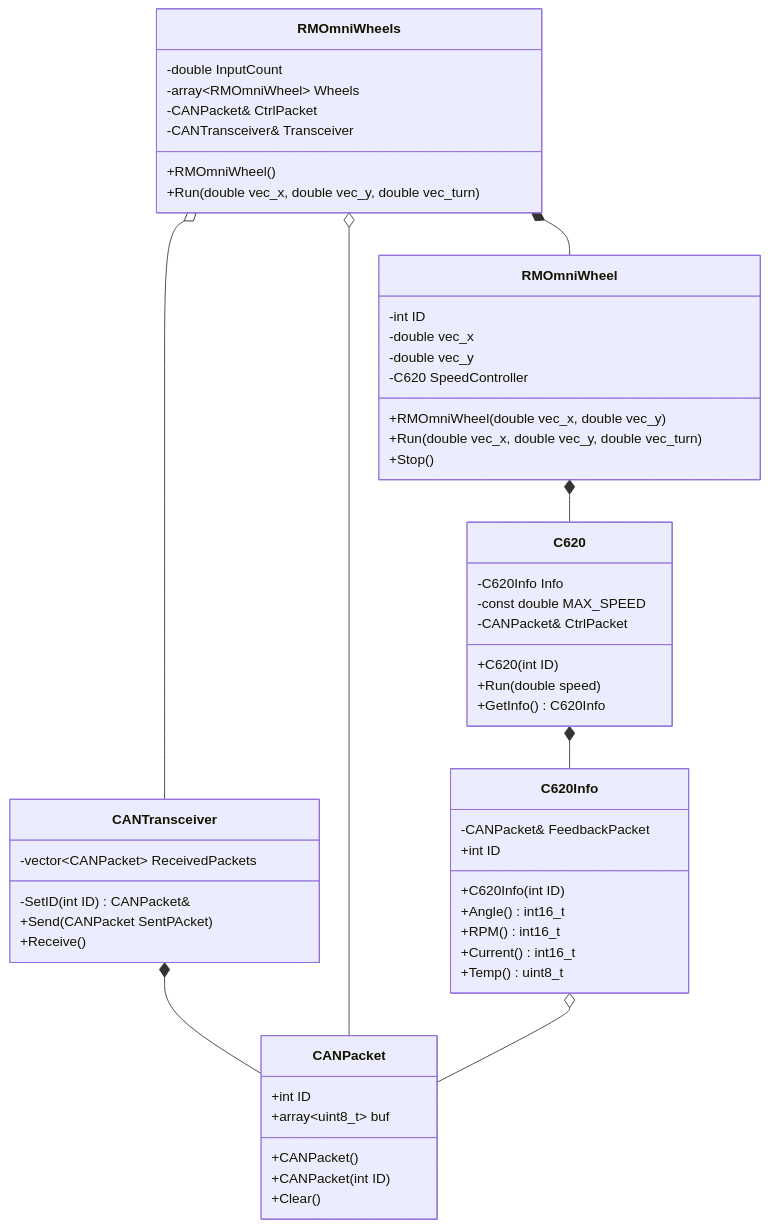
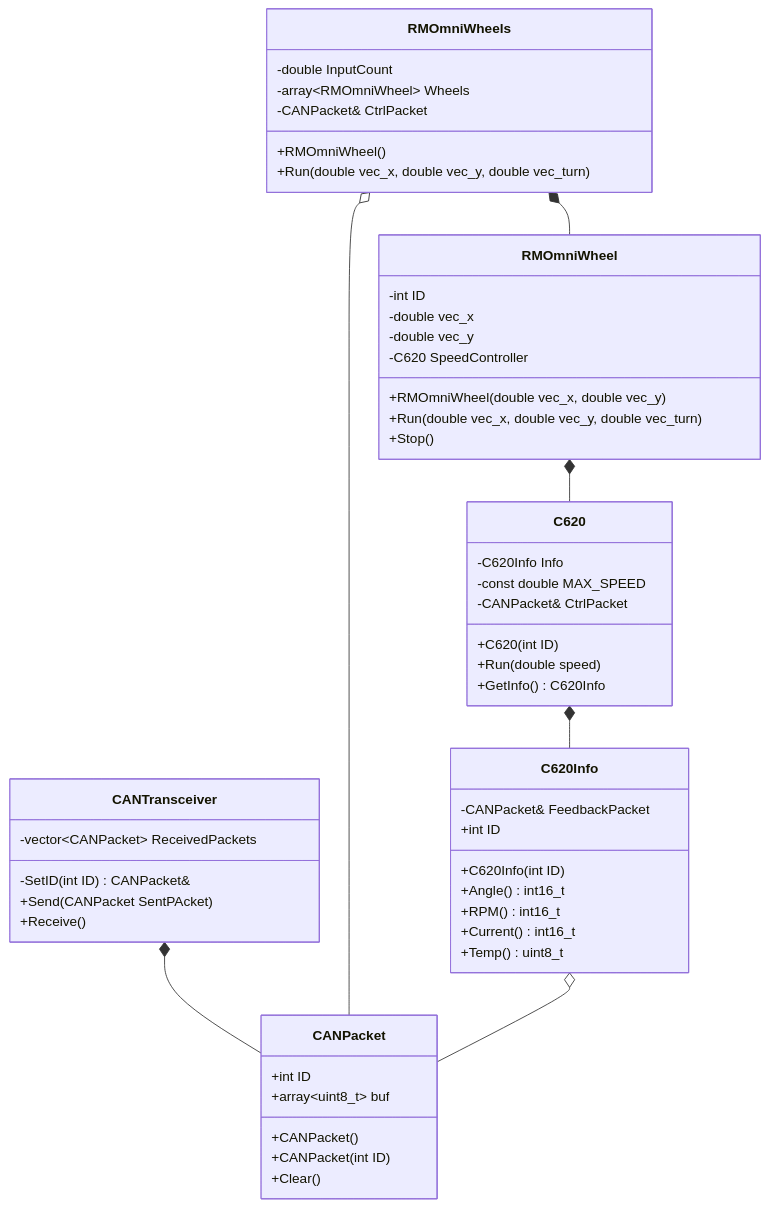
One commit to NiiRoboKen/2025B-esp-sender changed the diagram in docs/class_diagram.md. Above: the diagram before and after it, drawn with Mermaid. The commit also changed 1 other file, not shown here.

Commit message:
docs: fix diagram

````diff
--- a/docs/class_diagram.md
+++ b/docs/class_diagram.md
@@ -1,58 +1,56 @@
 ```mermaid
 classDiagram
 class RMOmniWheels{
     -double InputCount
     -array~RMOmniWheel~ Wheels
     -CANPacket& CtrlPacket
-    -CANTransceiver& Transceiver
     +RMOmniWheel()
     +Run(double vec_x, double vec_y, double vec_turn)
 }
 class RMOmniWheel{
     -int ID
     -double vec_x
     -double vec_y
     -C620 SpeedController
     +RMOmniWheel(double vec_x, double vec_y)
     +Run(double vec_x, double vec_y, double vec_turn)
     +Stop()
 }
 class C620{
     -C620Info Info
     -const double MAX_SPEED
     -CANPacket& CtrlPacket
     +C620(int ID)
     +Run(double speed)
     +GetInfo() C620Info
 }
 class C620Info{
     -CANPacket& FeedbackPacket
     +int ID
     +C620Info(int ID)
     +Angle() int16_t
     +RPM() int16_t
     +Current() int16_t
     +Temp() uint8_t
 }
 class CANPacket{
     +int ID
     +array~uint8_t~ buf
     +CANPacket()
     +CANPacket(int ID)
     +Clear()
 }
 class CANTransceiver{
     -vector~CANPacket~ ReceivedPackets
     -SetID(int ID) CANPacket&
     +Send(CANPacket SentPAcket)
     +Receive()
 }
 
 RMOmniWheels *-- RMOmniWheel
 RMOmniWheel *-- C620
 C620 *-- C620Info
 CANTransceiver *-- CANPacket
 RMOmniWheels o-- CANPacket
 C620Info o-- CANPacket
-RMOmniWheels o-- CANTransceiver
 ```
````
